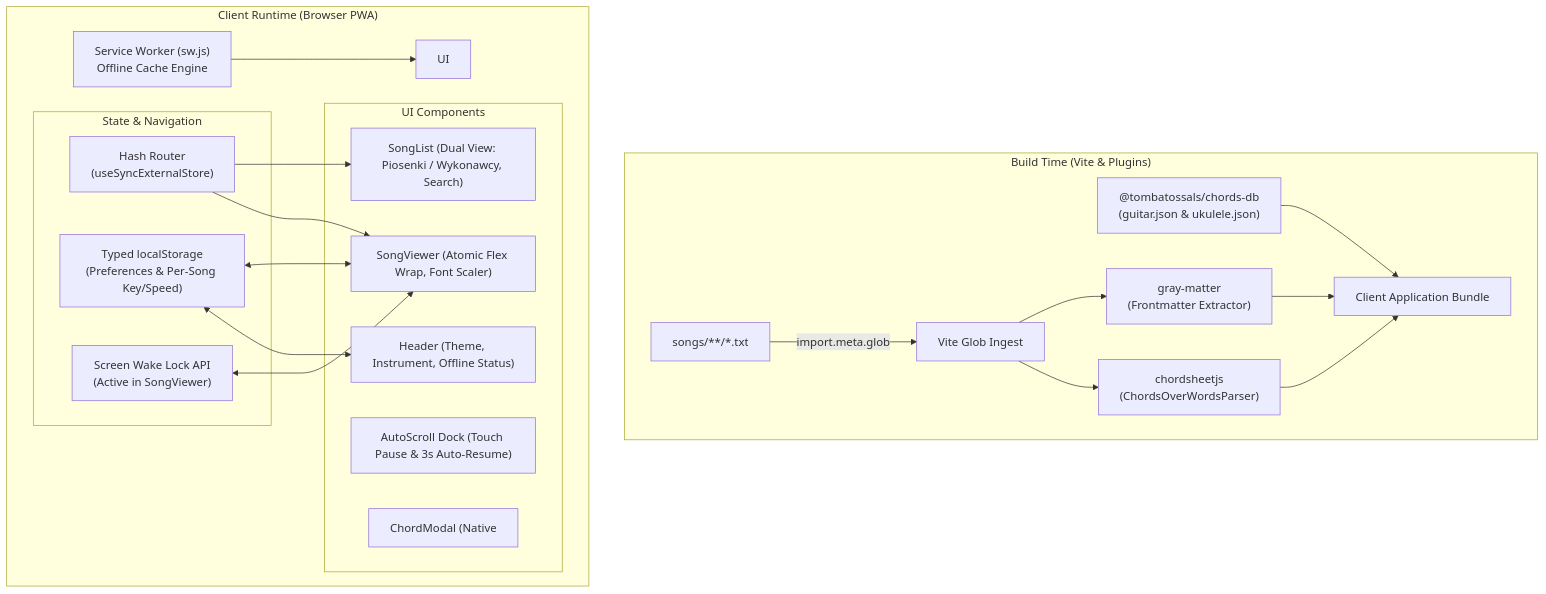
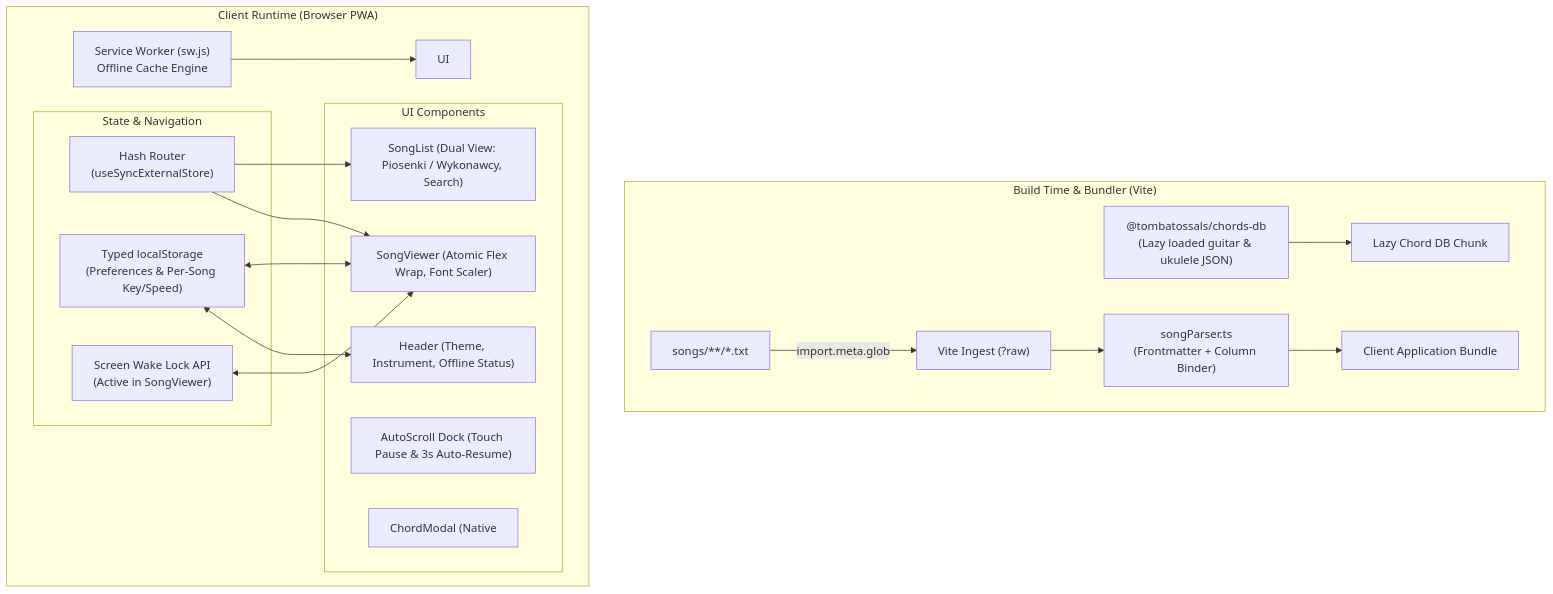
The first of 3 diagrams in docs/PLAN.md (GasiorMateusz/spiewnik), drawn with Mermaid before and after one commit. The commit also changed other lines of this file and 10 other files, not shown here.

First line of the commit message:
refactor: streamline architecture and replace heavy deps with native engine

````diff
--- a/docs/PLAN.md
+++ b/docs/PLAN.md
@@ -11,35 +11,33 @@
 ```mermaid
 flowchart TD
-    subgraph BuildTime ["Build Time (Vite & Plugins)"]
-        SongsDir["songs/**/*.txt"] -->|import.meta.glob| EagerLoader["Vite Glob Ingest"]
-        EagerLoader --> MatterParser["gray-matter\n(Frontmatter Extractor)"]
-        EagerLoader --> CSParser["chordsheetjs\n(ChordsOverWordsParser)"]
-        ChordsDbJSON["@tombatossals/chords-db\n(guitar.json & ukulele.json)"] --> Bundle["Client Application Bundle"]
-        MatterParser --> Bundle
-        CSParser --> Bundle
+    subgraph BuildTime ["Build Time & Bundler (Vite)"]
+        SongsDir["songs/**/*.txt"] -->|import.meta.glob| EagerLoader["Vite Ingest (?raw)"]
+        EagerLoader --> NativeParser["songParser.ts\n(Frontmatter + Column Binder)"]
+        ChordsDbJSON["@tombatossals/chords-db\n(Lazy loaded guitar & ukulele JSON)"] --> DynamicBundle["Lazy Chord DB Chunk"]
+        NativeParser --> Bundle["Client Application Bundle"]
     end
 
     subgraph RuntimeClient ["Client Runtime (Browser PWA)"]
         SW["Service Worker (sw.js)\nOffline Cache Engine"] --> UI
         
         subgraph StateManagement ["State & Navigation"]
             HashRouter["Hash Router\n(useSyncExternalStore)"]
             LocalStore["Typed localStorage\n(Preferences & Per-Song Key/Speed)"]
             WakeLock["Screen Wake Lock API\n(Active in SongViewer)"]
         end
 
         subgraph PresentationLayer ["UI Components"]
             Header["Header (Theme, Instrument, Offline Status)"]
             SongList["SongList (Dual View: Piosenki / Wykonawcy, Search)"]
             SongViewer["SongViewer (Atomic Flex Wrap, Font Scaler)"]
             AutoScroll["AutoScroll Dock (Touch Pause & 3s Auto-Resume)"]
             ChordModal["ChordModal (Native <dialog> + Fretboard SVG)"]
         end
 
         HashRouter --> SongList
         HashRouter --> SongViewer
         LocalStore <--> SongViewer
         LocalStore <--> Header
         WakeLock <--> SongViewer
     end
 ```
````
